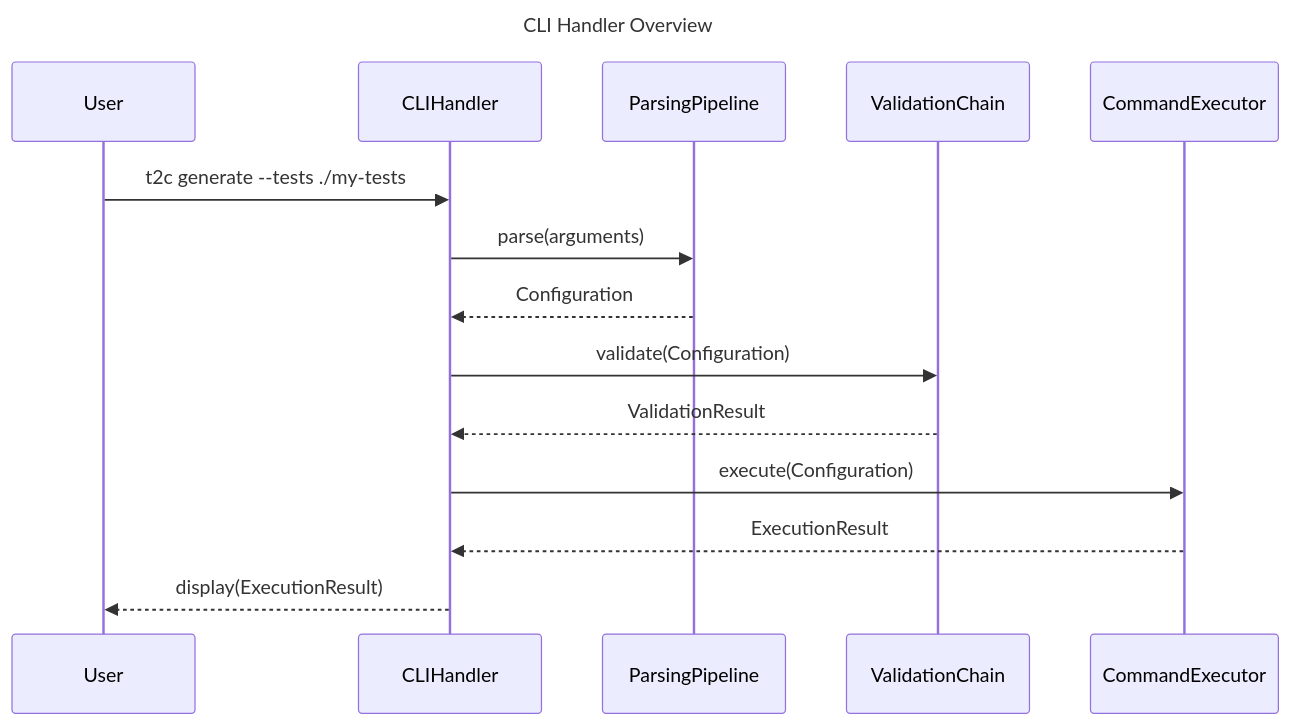
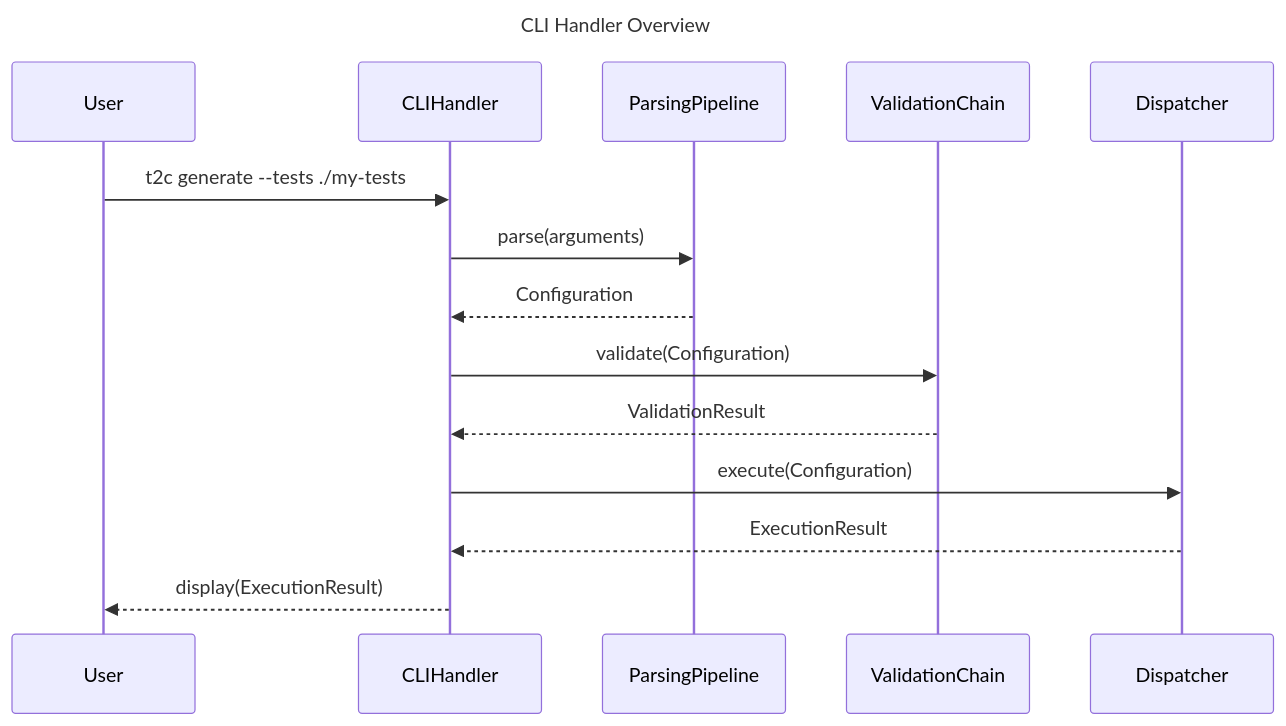
The first of 5 diagrams in docs/design.md (FilippoGurioli/test-2-code-llm), drawn with Mermaid before and after one commit. The commit also changed other lines of this file and 1 other file, not shown here.

Commit message:
docs: complete detailed design for dispatcher

````diff
--- a/docs/design.md
+++ b/docs/design.md
@@ -14,20 +14,20 @@
 ```mermaid
 ---
 title: CLI Handler Overview
 ---
 sequenceDiagram
     participant User
     participant CLIHandler
     participant ParsingPipeline
     participant ValidationChain
-    participant CommandExecutor
+    participant Dispatcher
 
     User->>CLIHandler: t2c generate --tests ./my-tests
     CLIHandler->>ParsingPipeline: parse(arguments)
     ParsingPipeline-->>CLIHandler: Configuration
     CLIHandler->>ValidationChain: validate(Configuration)
     ValidationChain-->>CLIHandler: ValidationResult
-    CLIHandler->>CommandExecutor: execute(Configuration)
-    CommandExecutor-->>CLIHandler: ExecutionResult
+    CLIHandler->>Dispatcher: execute(Configuration)
+    Dispatcher-->>CLIHandler: ExecutionResult
     CLIHandler-->>User: display(ExecutionResult)
 ```
````
